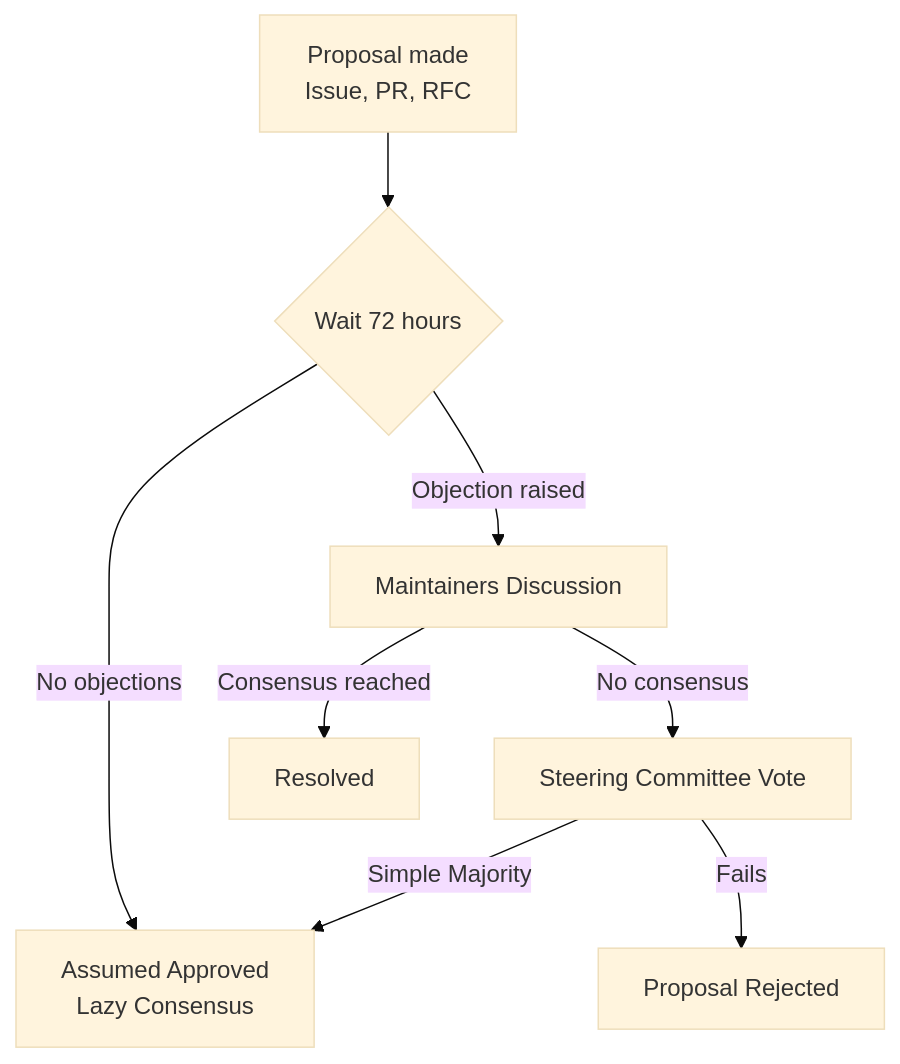
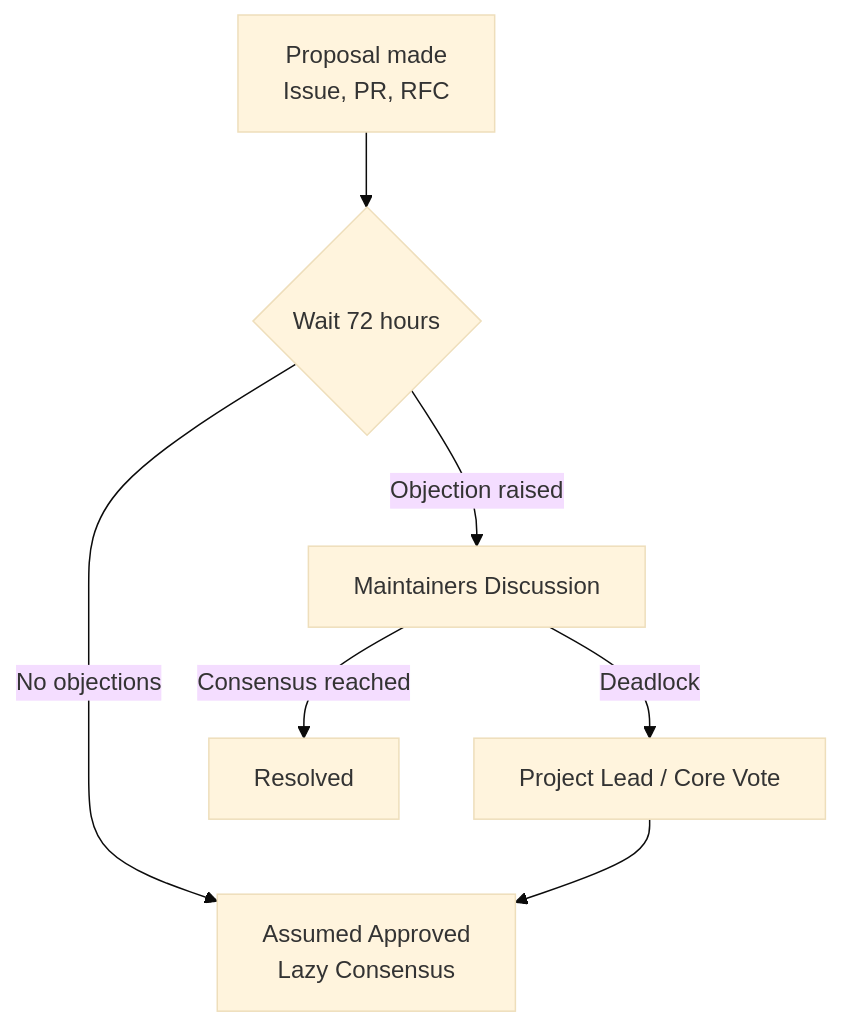
The diagram in GOVERNANCE.md (rohitkumarnaidu/ScholarFormAI), drawn with Mermaid (base theme) before and after one commit. The commit also changed other lines of this file and 86 other files, not shown here.

First line of the commit message:
docs: establish authoritative SPEC directory and refactor documentation architecture

````diff
--- a/GOVERNANCE.md
+++ b/GOVERNANCE.md
@@ -34,10 +43,9 @@
 ```mermaid
 flowchart TD
     Proposal[Proposal made<br>Issue, PR, RFC] --> Wait{Wait 72 hours}
     Wait -->|No objections| Approved[Assumed Approved<br>Lazy Consensus]
     Wait -->|Objection raised| Discussion[Maintainers Discussion]
     Discussion -->|Consensus reached| Resolve[Resolved]
-    Discussion -->|No consensus| Vote[Steering Committee Vote]
-    Vote -->|Simple Majority| Approved
-    Vote -->|Fails| Rejected[Proposal Rejected]
+    Discussion -->|Deadlock| Lead[Project Lead / Core Vote]
+    Lead --> Approved
 ```
````
